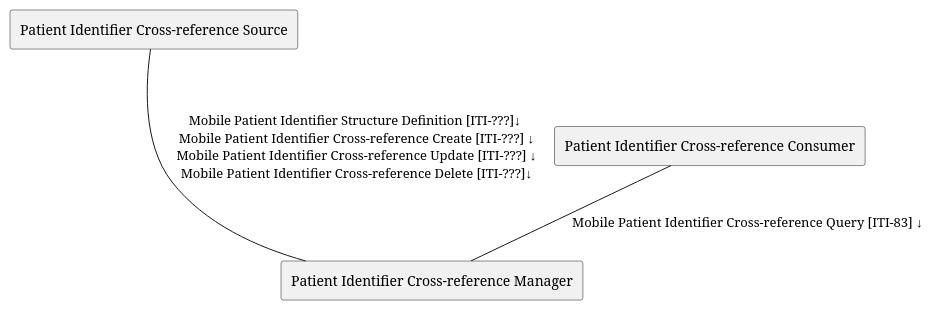
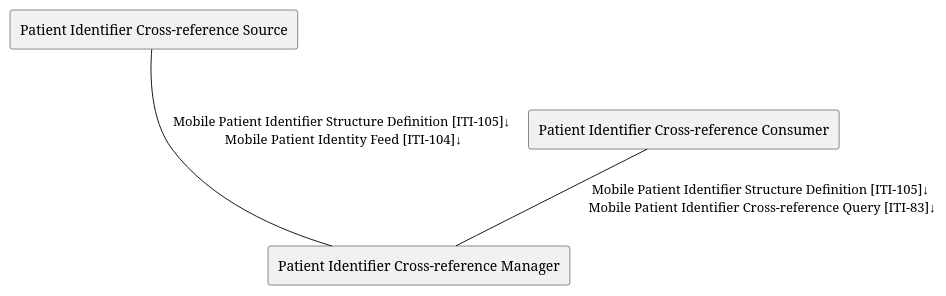
One commit to IHE/ITI.PIXm changed the diagram in input/images-source/ActorsAndTransactions.pu. Above: the diagram before and after it, drawn with PlantUML. The commit also changed 11 other files, not shown here.

```diff
--- a/input/images-source/ActorsAndTransactions.pu
+++ b/input/images-source/ActorsAndTransactions.pu
@@ -1,11 +1,11 @@
 @startuml
 
 agent "Patient Identifier Cross-reference Source" as Source
 agent "Patient Identifier Cross-reference Consumer" as Consumer
 agent "Patient Identifier Cross-reference Manager" as Manager
 
 
-Source --- Manager: "Mobile Patient Identifier Structure Definition [ITI-???]↓\n Mobile Patient Identifier Cross-reference Create [ITI-???] ↓\n Mobile Patient Identifier Cross-reference Update [ITI-???] ↓\n Mobile Patient Identifier Cross-reference Delete [ITI-???]↓"
-Consumer -- Manager : "Mobile Patient Identifier Cross-reference Query [ITI-83] ↓"
+Source --- Manager: "Mobile Patient Identifier Structure Definition [ITI-105]↓\n Mobile Patient Identity Feed [ITI-104]↓"
+Consumer -- Manager : "Mobile Patient Identifier Structure Definition [ITI-105]↓\n Mobile Patient Identifier Cross-reference Query [ITI-83]↓"
 
 @enduml
```
